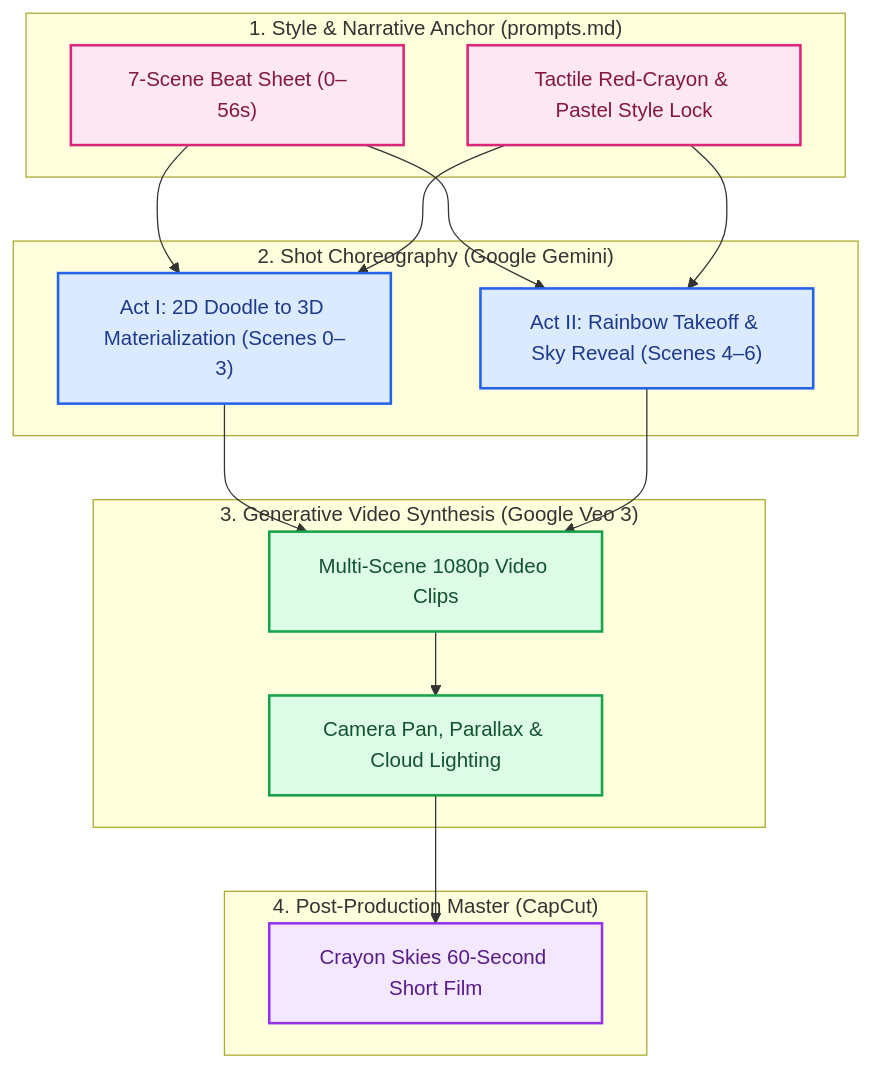
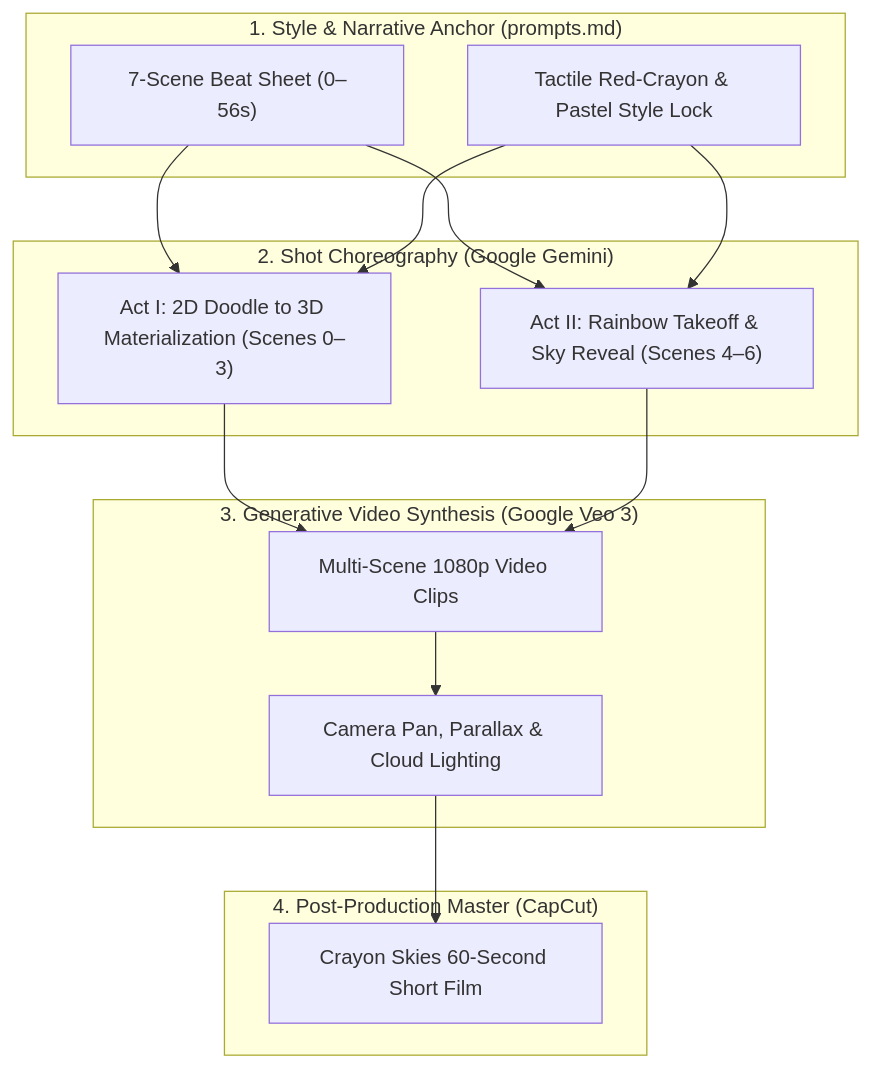
One commit to RobinaMirbahar/crayon-skies-veo3 changed the diagram in README.md. Above: the diagram before and after it, drawn with Mermaid. The commit also changed other lines of this file, not shown here.

Commit message:
docs: revert Mermaid color overrides for clean native GitHub diagram rendering

````diff
--- a/README.md
+++ b/README.md
@@ -30,27 +28,19 @@
 ```mermaid
 flowchart TD
     subgraph Story ["1. Style & Narrative Anchor (prompts.md)"]
         S_Beat["7-Scene Beat Sheet (0–56s)"]
         S_Style["Tactile Red-Crayon & Pastel Style Lock"]
     end
     subgraph Gemini ["2. Shot Choreography (Google Gemini)"]
         G_2D3D["Act I: 2D Doodle to 3D Materialization (Scenes 0–3)"]
         G_Flight["Act II: Rainbow Takeoff & Sky Reveal (Scenes 4–6)"]
     end
     subgraph Veo ["3. Generative Video Synthesis (Google Veo 3)"]
         V_Clips["Multi-Scene 1080p Video Clips"]
         V_Motion["Camera Pan, Parallax & Cloud Lighting"]
     end
     subgraph Cut ["4. Post-Production Master (CapCut)"]
         C_Film["Crayon Skies 60-Second Short Film"]
     end
     S_Beat & S_Style --> G_2D3D & G_Flight --> V_Clips --> V_Motion --> C_Film
-
-    style S_Beat fill:#fce7f3,stroke:#db2777,stroke-width:2px,color:#831843
-    style S_Style fill:#fce7f3,stroke:#db2777,stroke-width:2px,color:#831843
-    style G_2D3D fill:#dbeafe,stroke:#2563eb,stroke-width:2px,color:#1e3a8a
-    style G_Flight fill:#dbeafe,stroke:#2563eb,stroke-width:2px,color:#1e3a8a
-    style V_Clips fill:#dcfce7,stroke:#16a34a,stroke-width:2px,color:#14532d
-    style V_Motion fill:#dcfce7,stroke:#16a34a,stroke-width:2px,color:#14532d
-    style C_Film fill:#f3e8ff,stroke:#9333ea,stroke-width:2px,color:#581c87
 ```
````
